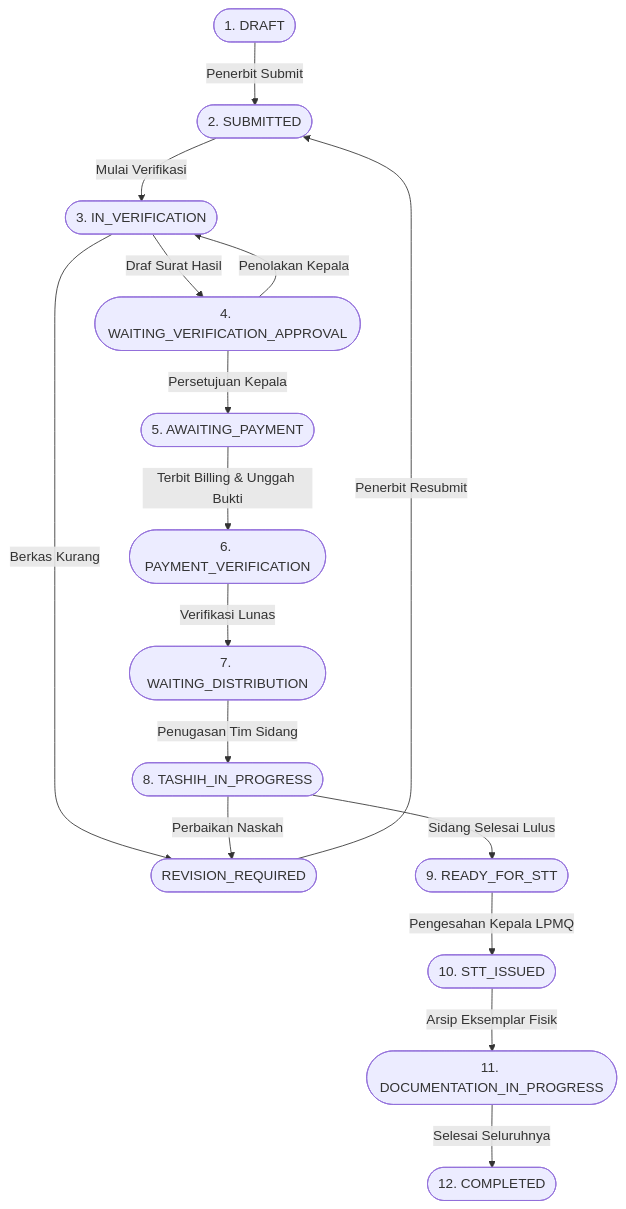
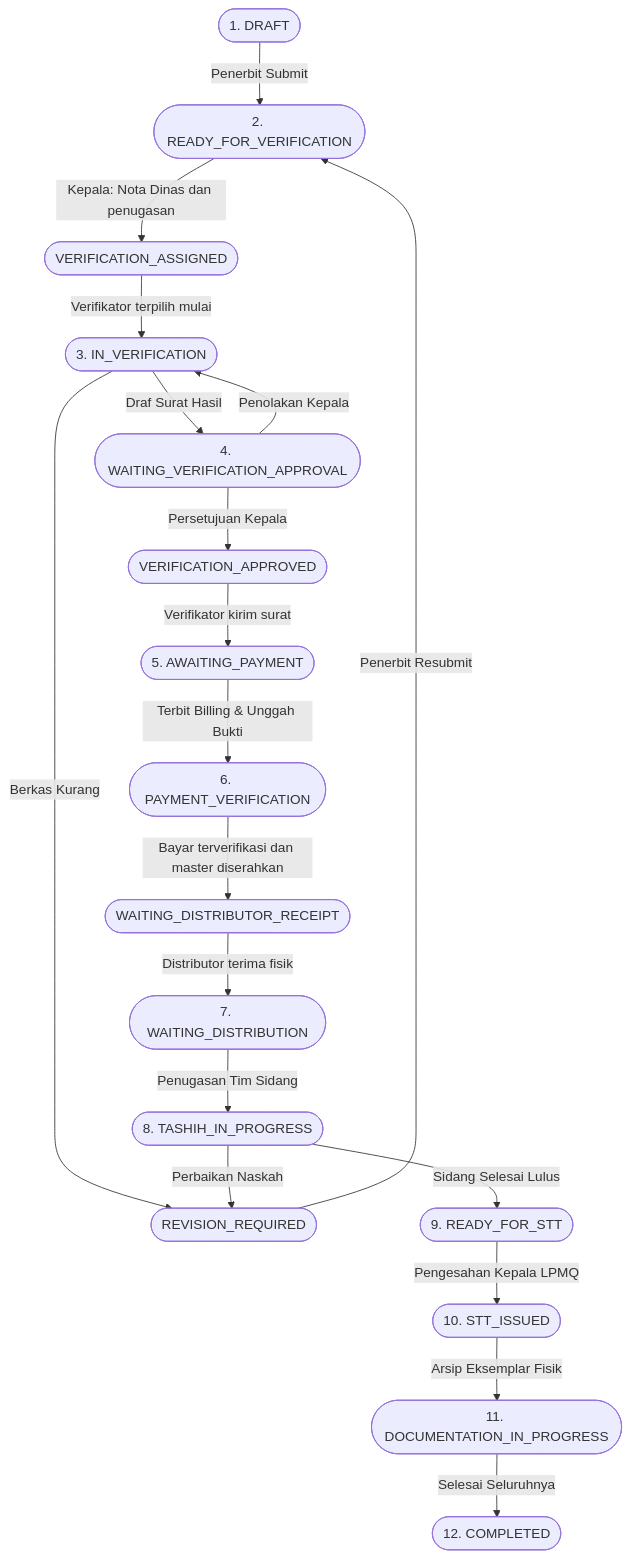
The diagram in API_CONTRACT_MODUL_LANJUTAN.md (farisifakhri/lpmqtashihhub), drawn with Mermaid before and after one commit. The commit also changed other lines of this file and 19 other files, not shown here.

````diff
--- a/API_CONTRACT_MODUL_LANJUTAN.md
+++ b/API_CONTRACT_MODUL_LANJUTAN.md
@@ -225,21 +225,24 @@
 ```mermaid
 flowchart TD
-    DRAFT([1. DRAFT]) -->|Penerbit Submit| SUBMITTED([2. SUBMITTED])
-    SUBMITTED -->|Mulai Verifikasi| IN_VERIFICATION([3. IN_VERIFICATION])
+    DRAFT([1. DRAFT]) -->|Penerbit Submit| READY_FOR_VERIFICATION([2. READY_FOR_VERIFICATION])
+    READY_FOR_VERIFICATION -->|Kepala: Nota Dinas dan penugasan| VERIFICATION_ASSIGNED([VERIFICATION_ASSIGNED])
+    VERIFICATION_ASSIGNED -->|Verifikator terpilih mulai| IN_VERIFICATION([3. IN_VERIFICATION])
     IN_VERIFICATION -->|Draf Surat Hasil| WAITING_VERIF_APP([4. WAITING_VERIFICATION_APPROVAL])
-    WAITING_VERIF_APP -->|Persetujuan Kepala| AWAITING_PAYMENT([5. AWAITING_PAYMENT])
+    WAITING_VERIF_APP -->|Persetujuan Kepala| VERIFICATION_APPROVED([VERIFICATION_APPROVED])
+    VERIFICATION_APPROVED -->|Verifikator kirim surat| AWAITING_PAYMENT([5. AWAITING_PAYMENT])
     WAITING_VERIF_APP -->|Penolakan Kepala| IN_VERIFICATION
     IN_VERIFICATION -->|Berkas Kurang| REVISION_REQUIRED([REVISION_REQUIRED])
-    REVISION_REQUIRED -->|Penerbit Resubmit| SUBMITTED
+    REVISION_REQUIRED -->|Penerbit Resubmit| READY_FOR_VERIFICATION
     
     AWAITING_PAYMENT -->|Terbit Billing & Unggah Bukti| PAYMENT_VERIFICATION([6. PAYMENT_VERIFICATION])
-    PAYMENT_VERIFICATION -->|Verifikasi Lunas| WAITING_DISTRIBUTION([7. WAITING_DISTRIBUTION])
+    PAYMENT_VERIFICATION -->|Bayar terverifikasi dan master diserahkan| WAITING_DISTRIBUTOR_RECEIPT([WAITING_DISTRIBUTOR_RECEIPT])
+    WAITING_DISTRIBUTOR_RECEIPT -->|Distributor terima fisik| WAITING_DISTRIBUTION([7. WAITING_DISTRIBUTION])
     
     WAITING_DISTRIBUTION -->|Penugasan Tim Sidang| TASHIH_IN_PROGRESS([8. TASHIH_IN_PROGRESS])
     TASHIH_IN_PROGRESS -->|Perbaikan Naskah| REVISION_REQUIRED
     TASHIH_IN_PROGRESS -->|Sidang Selesai Lulus| READY_FOR_STT([9. READY_FOR_STT])
     
     READY_FOR_STT -->|Pengesahan Kepala LPMQ| STT_ISSUED([10. STT_ISSUED])
     STT_ISSUED -->|Arsip Eksemplar Fisik| DOC_PROGRESS([11. DOCUMENTATION_IN_PROGRESS])
     DOC_PROGRESS -->|Selesai Seluruhnya| COMPLETED([12. COMPLETED])
 ```
````
